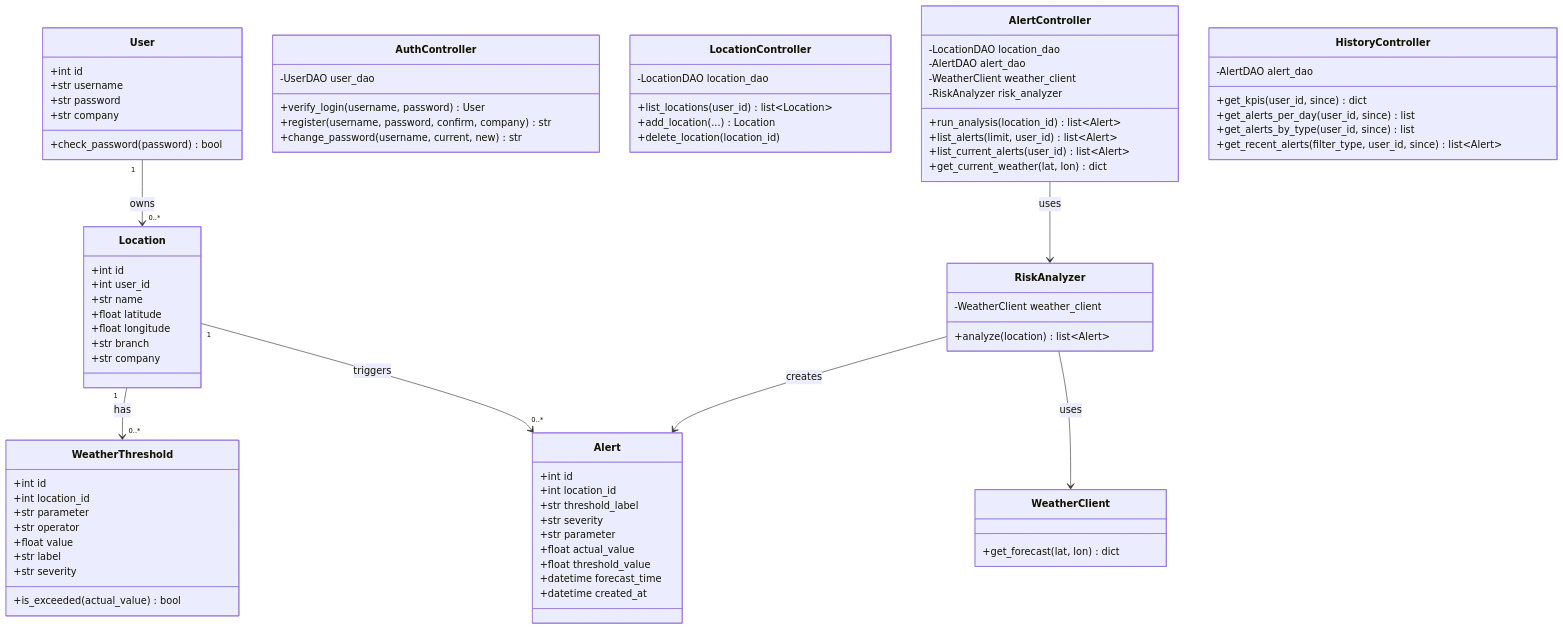
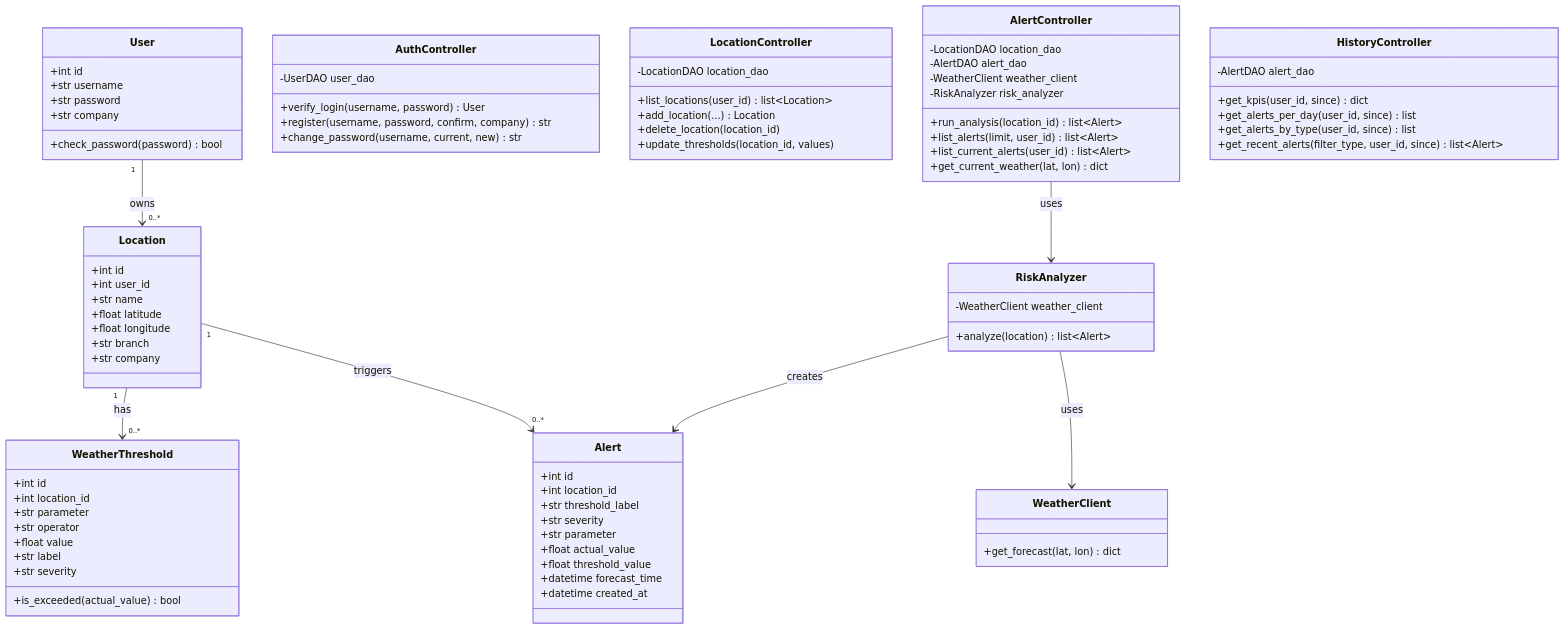
Before and after one commit to xynabil/WeatherGuard: the first of 2 diagrams in README.md, drawn with Mermaid. The commit also changed 2 other files, not shown here.

Commit message:
Updating Threshold Fix + Entry-Point of App
Updating Threshold Fix + Entry-Point of App

```diff
--- a/README.md
+++ b/README.md
@@ -109,6 +109,7 @@
     +list_locations(user_id) list~Location~
     +add_location(...) Location
     +delete_location(location_id)
+    +update_thresholds(location_id, values)
   }
 
   class AlertController {
```
